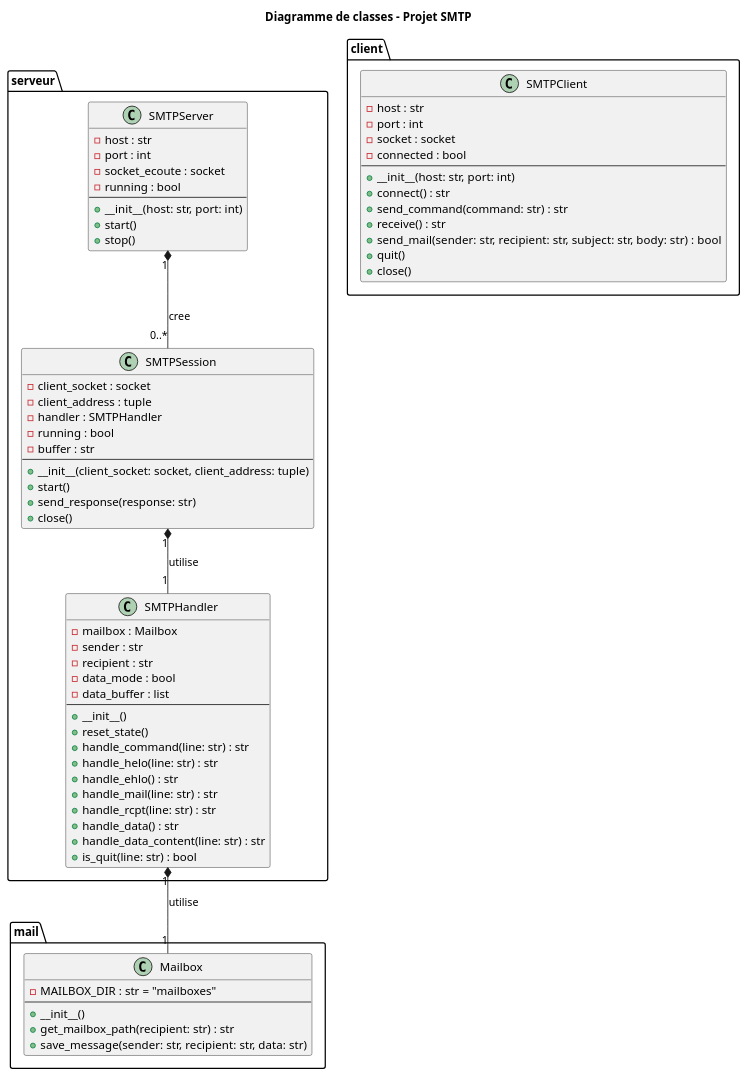
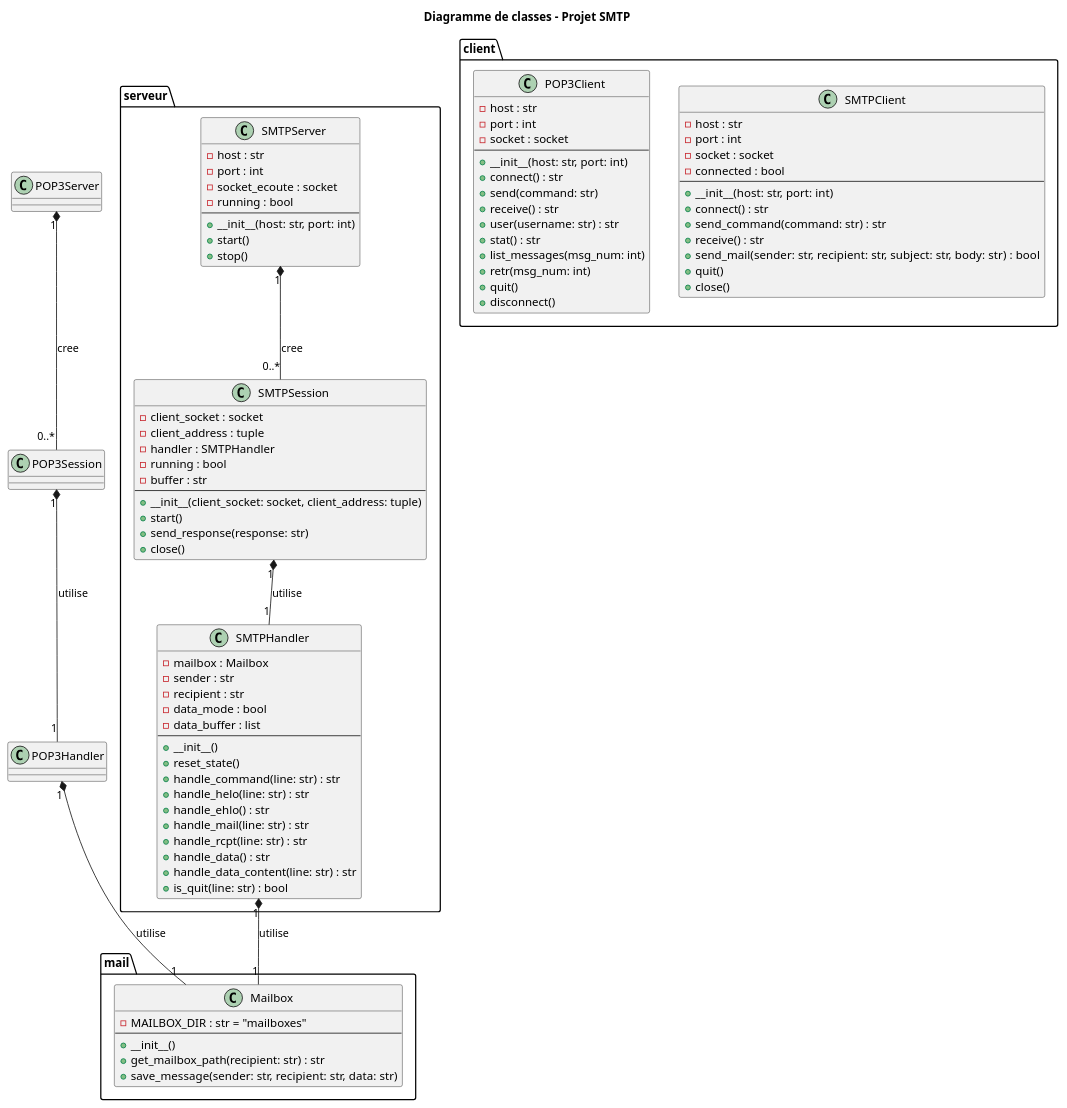
Before and after one commit to PouletTendre/projet-smtp: the diagram in PlantUML/classes.puml, drawn with PlantUML. The commit also changed 13 other files, not shown here.

Commit message:
nouveau UML

```diff
--- a/PlantUML/classes.puml
+++ b/PlantUML/classes.puml
@@ -1,81 +1,103 @@
 @startuml classes
 
 title Diagramme de classes - Projet SMTP
 
 package "mail" {
     class Mailbox {
         - MAILBOX_DIR : str = "mailboxes"
         --
         + __init__()
         + get_mailbox_path(recipient: str) : str
         + save_message(sender: str, recipient: str, data: str)
     }
 }
 
 package "serveur" {
     class SMTPServer {
         - host : str
         - port : int
         - socket_ecoute : socket
         - running : bool
         --
         + __init__(host: str, port: int)
         + start()
         + stop()
     }
 
     class SMTPSession {
         - client_socket : socket
         - client_address : tuple
         - handler : SMTPHandler
         - running : bool
         - buffer : str
         --
         + __init__(client_socket: socket, client_address: tuple)
         + start()
         + send_response(response: str)
         + close()
     }
 
     class SMTPHandler {
         - mailbox : Mailbox
         - sender : str
         - recipient : str
         - data_mode : bool
         - data_buffer : list
         --
         + __init__()
         + reset_state()
         + handle_command(line: str) : str
         + handle_helo(line: str) : str
         + handle_ehlo() : str
         + handle_mail(line: str) : str
         + handle_rcpt(line: str) : str
         + handle_data() : str
         + handle_data_content(line: str) : str
         + is_quit(line: str) : bool
     }
 }
 
 package "client" {
     class SMTPClient {
         - host : str
         - port : int
         - socket : socket
         - connected : bool
         --
         + __init__(host: str, port: int)
         + connect() : str
         + send_command(command: str) : str
         + receive() : str
         + send_mail(sender: str, recipient: str, subject: str, body: str) : bool
         + quit()
         + close()
     }
+
+    class POP3Client {
+        - host : str
+        - port : int
+        - socket : socket
+        --
+        + __init__(host: str, port: int)
+        + connect() : str
+        + send(command: str)
+        + receive() : str
+        + user(username: str) : str
+        + stat() : str
+        + list_messages(msg_num: int)
+        + retr(msg_num: int)
+        + quit()
+        + disconnect()
+    }
 }
+
 
 SMTPServer "1" *-- "0..*" SMTPSession : cree
 SMTPSession "1" *-- "1" SMTPHandler : utilise
 SMTPHandler "1" *-- "1" Mailbox : utilise
 
+POP3Server "1" *-- "0..*" POP3Session : cree
+POP3Session "1" *-- "1" POP3Handler : utilise
+POP3Handler "1" *-- "1" Mailbox : utilise
+
 @enduml
```
